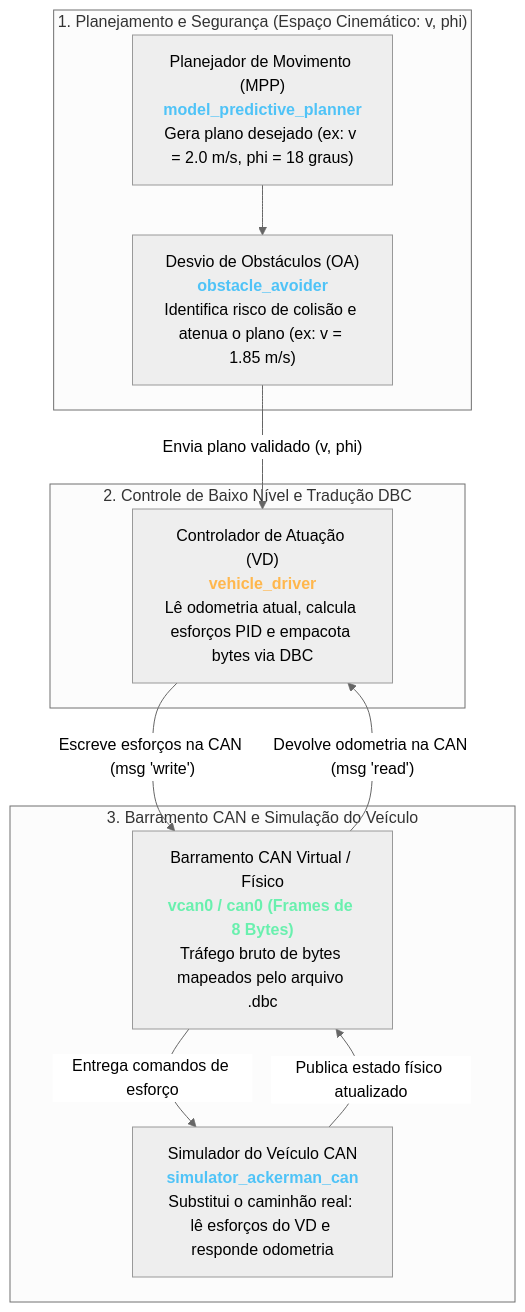
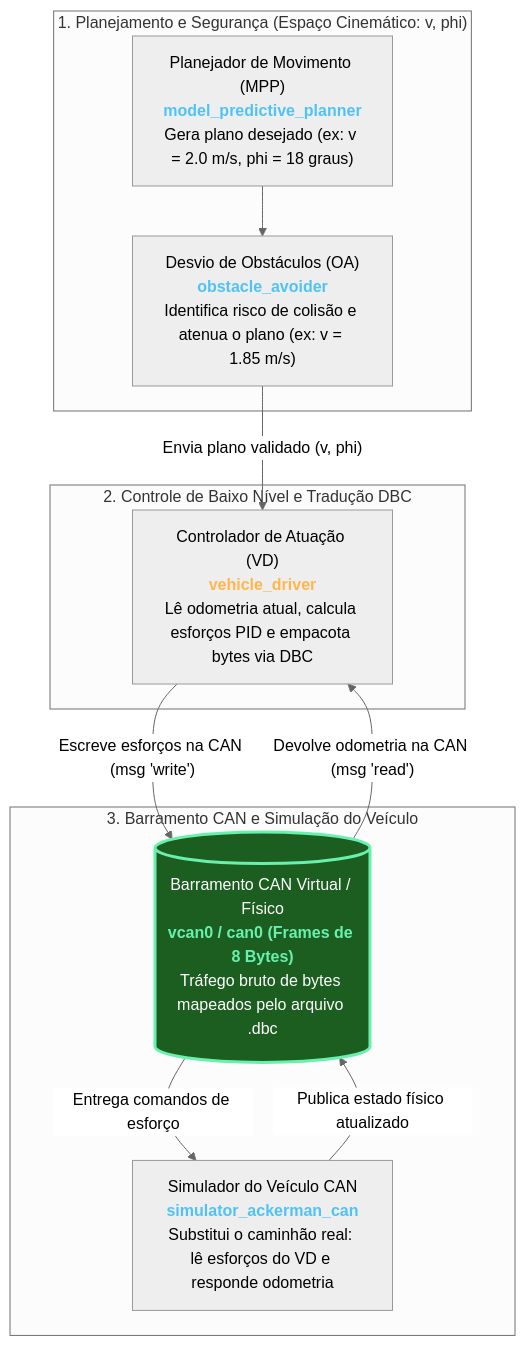
One commit to BrenoCSilva/lume changed the first of 2 diagrams in simulator_ackerman/docs/01_arquitetura_e_fluxo_geral.md. Above: the diagram before and after it, drawn with Mermaid (neutral theme). The commit also changed other lines of this file, not shown here.

````diff
--- a/simulator_ackerman/docs/01_arquitetura_e_fluxo_geral.md
+++ b/simulator_ackerman/docs/01_arquitetura_e_fluxo_geral.md
@@ -7,22 +7,24 @@
 ```mermaid
 flowchart TD
     subgraph AltoNivel ["1. Planejamento e Segurança (Espaço Cinemático: v, phi)"]
         MPP["Planejador de Movimento (MPP)<br/><b style='color:#4fc3f7'>model_predictive_planner</b><br/>Gera plano desejado (ex: v = 2.0 m/s, phi = 18 graus)"]
         MPP --> OA["Desvio de Obstáculos (OA)<br/><b style='color:#4fc3f7'>obstacle_avoider</b><br/>Identifica risco de colisão e atenua o plano (ex: v = 1.85 m/s)"]
     end
 
     OA -->|"Envia plano validado (v, phi)"| VD
 
     subgraph Controle ["2. Controle de Baixo Nível e Tradução DBC"]
         VD["Controlador de Atuação (VD)<br/><b style='color:#ffb74d'>vehicle_driver</b><br/>Lê odometria atual, calcula esforços PID e empacota bytes via DBC"]
     end
 
     VD -->|"Escreve esforços na CAN (msg 'write')"| CAN_BUS
     CAN_BUS -->|"Devolve odometria na CAN (msg 'read')"| VD
 
     subgraph HardwareOuSim ["3. Barramento CAN e Simulação do Veículo"]
-        CAN_BUS["Barramento CAN Virtual / Físico<br/><b style='color:#69f0ae'>vcan0 / can0 (Frames de 8 Bytes)</b><br/>Tráfego bruto de bytes mapeados pelo arquivo .dbc"]
+        CAN_BUS[("Barramento CAN Virtual / Físico<br/><b style='color:#69f0ae'>vcan0 / can0 (Frames de 8 Bytes)</b><br/>Tráfego bruto de bytes mapeados pelo arquivo .dbc")]
         CAN_BUS -->|"Entrega comandos de esforço"| SIM["Simulador do Veículo CAN<br/><b style='color:#4fc3f7'>simulator_ackerman_can</b><br/>Substitui o caminhão real: lê esforços do VD e responde odometria"]
         SIM -->|"Publica estado físico atualizado"| CAN_BUS
     end
+
+    style CAN_BUS fill:#1b5e20,stroke:#69f0ae,stroke-width:3px,color:#ffffff
 ```
````
